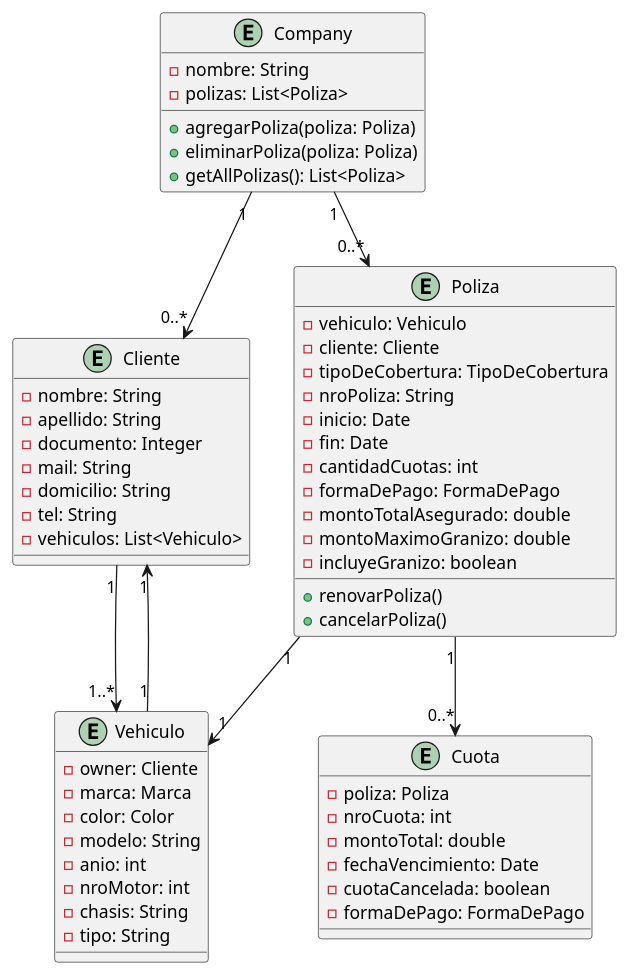
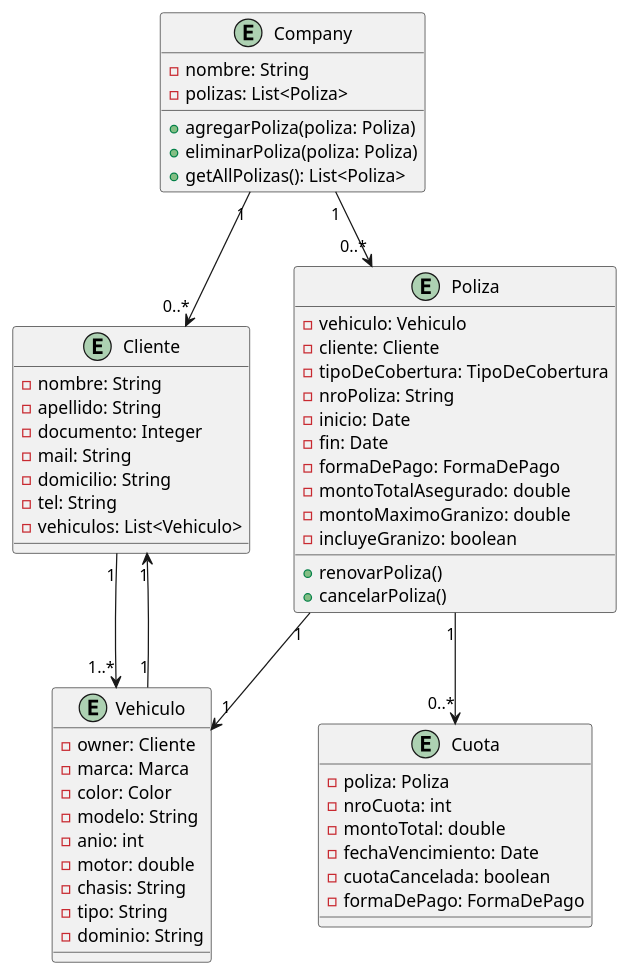
One commit to r0minaflorencia/Egg-Argentina-Programa-4.0 changed the diagram in BackEnd_2/10- Relaciones entre clases/Extra_Seguros/app/src/main/java/com/seguros/uml/diagram.puml. Above: the diagram before and after it, drawn with PlantUML. The commit also changed 13 other files, not shown here.

```diff
--- a/BackEnd_2/10- Relaciones entre clases/Extra_Seguros/app/src/main/java/com/seguros/uml/diagram.puml
+++ b/BackEnd_2/10- Relaciones entre clases/Extra_Seguros/app/src/main/java/com/seguros/uml/diagram.puml
@@ -1,64 +1,64 @@
 @startuml La tercera seguros
 
 entity Company {
     - nombre: String
     - polizas: List<Poliza>
     + agregarPoliza(poliza: Poliza)
     + eliminarPoliza(poliza: Poliza)
     + getAllPolizas(): List<Poliza>
 }
 
 entity Cliente {
     - nombre: String
     - apellido: String
     - documento: Integer
     - mail: String
     - domicilio: String
     - tel: String
     - vehiculos: List<Vehiculo>
 }
 
 entity Vehiculo {
     - owner: Cliente
     - marca: Marca
     - color: Color
     - modelo: String
     - anio: int
-    - nroMotor: int
+    - motor: double
     - chasis: String
     - tipo: String
+    - dominio: String
 }
 
 entity Poliza {
     - vehiculo: Vehiculo
     - cliente: Cliente
     - tipoDeCobertura: TipoDeCobertura
     - nroPoliza: String
     - inicio: Date
     - fin: Date
-    - cantidadCuotas: int
     - formaDePago: FormaDePago
     - montoTotalAsegurado: double
     - montoMaximoGranizo: double
     - incluyeGranizo: boolean
     + renovarPoliza()
     + cancelarPoliza()
 }
 
 entity Cuota {
     - poliza: Poliza
     - nroCuota: int
     - montoTotal: double
     - fechaVencimiento: Date
     - cuotaCancelada: boolean
     - formaDePago: FormaDePago
 }
 
 Company "1" --> "0..*" Cliente
 Company "1" --> "0..*" Poliza
 Vehiculo "1" --> "1" Cliente
 Poliza "1" --> "1" Vehiculo
 Cliente "1" --> "1..*" Vehiculo
 Poliza "1" --> "0..*" Cuota
 
 @enduml
```
